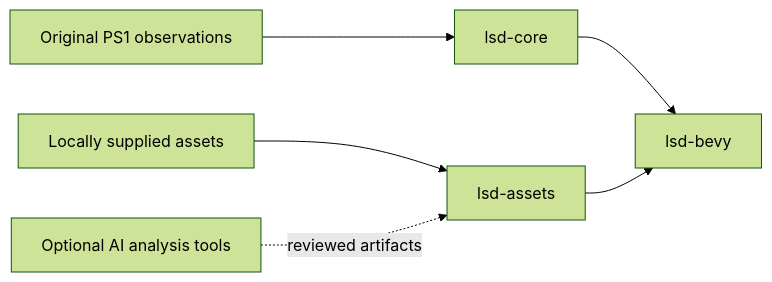
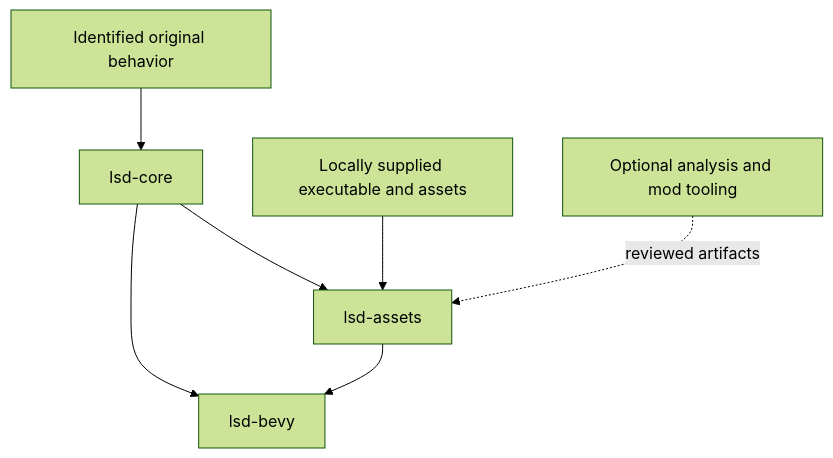
One commit to BaileyPillon/lsd-dream-emulator-bevy changed the diagram in docs/ARCHITECTURE.md. Above: the diagram before and after it, drawn with Mermaid (forest theme). The commit also changed other lines of this file and 34 other files, not shown here.

````diff
--- a/docs/ARCHITECTURE.md
+++ b/docs/ARCHITECTURE.md
@@ -7,8 +7,9 @@
 ```mermaid
-flowchart LR
-    reference[Original PS1 observations] --> core[lsd-core]
-    local[Locally supplied assets] --> assets[lsd-assets]
-    core --> runtime[lsd-bevy]
-    assets --> runtime
-    tools[Optional AI analysis tools] -. reviewed artifacts .-> assets
+flowchart TD
+    Reference[Identified original behavior] --> Core[lsd-core]
+    Files[Locally supplied executable and assets] --> Assets[lsd-assets]
+    Core --> Assets
+    Assets --> Bevy[lsd-bevy]
+    Core --> Bevy
+    Tools[Optional analysis and mod tooling] -. reviewed artifacts .-> Assets
 ```
````
